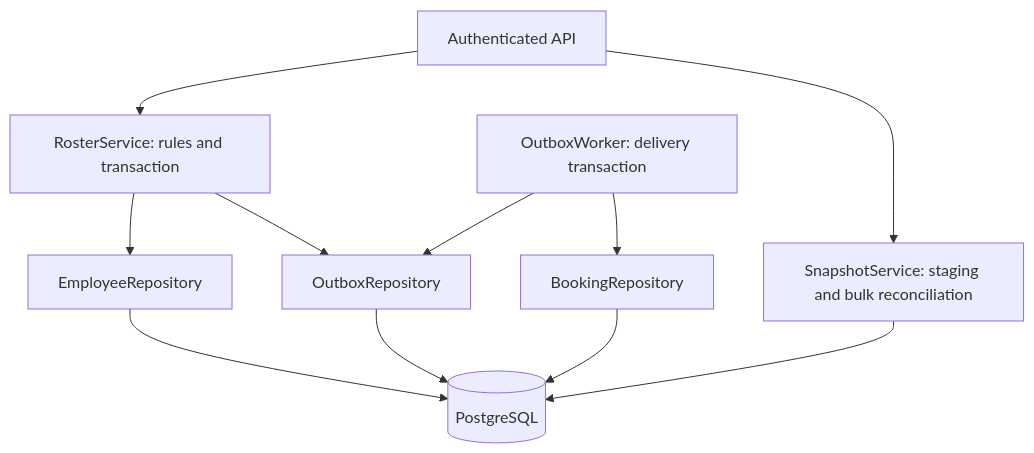
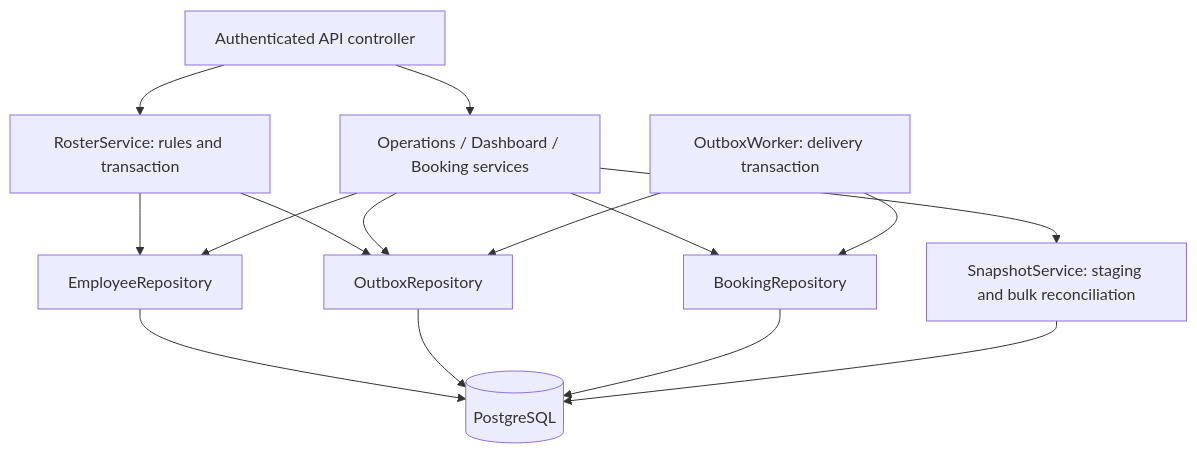
Before and after one commit to Ayush-Vish/HR_Roster_Sync: the diagram in README.md, drawn with Mermaid. The commit also changed other lines of this file and 26 other files, not shown here.

Commit message:
Add reviewer dashboard and quality architecture

````diff
--- a/README.md
+++ b/README.md
@@ -126,13 +154,17 @@
 ```mermaid
 flowchart TD
-    API[Authenticated API] --> Service[RosterService: rules and transaction]
+    API[Authenticated API controller] --> Service[RosterService: rules and transaction]
+    API --> Operations[Operations / Dashboard / Booking services]
     Service --> Employees[EmployeeRepository]
     Service --> Outbox[OutboxRepository]
+    Operations --> Employees
+    Operations --> Outbox
+    Operations --> Bookings[BookingRepository]
     Employees --> DB[(PostgreSQL)]
     Outbox --> DB
     Worker[OutboxWorker: delivery transaction] --> Outbox
-    Worker --> Bookings[BookingRepository]
+    Worker --> Bookings
     Bookings --> DB
-    API --> Snapshot[SnapshotService: staging and bulk reconciliation]
+    Operations --> Snapshot[SnapshotService: staging and bulk reconciliation]
     Snapshot --> DB
 ```
````
